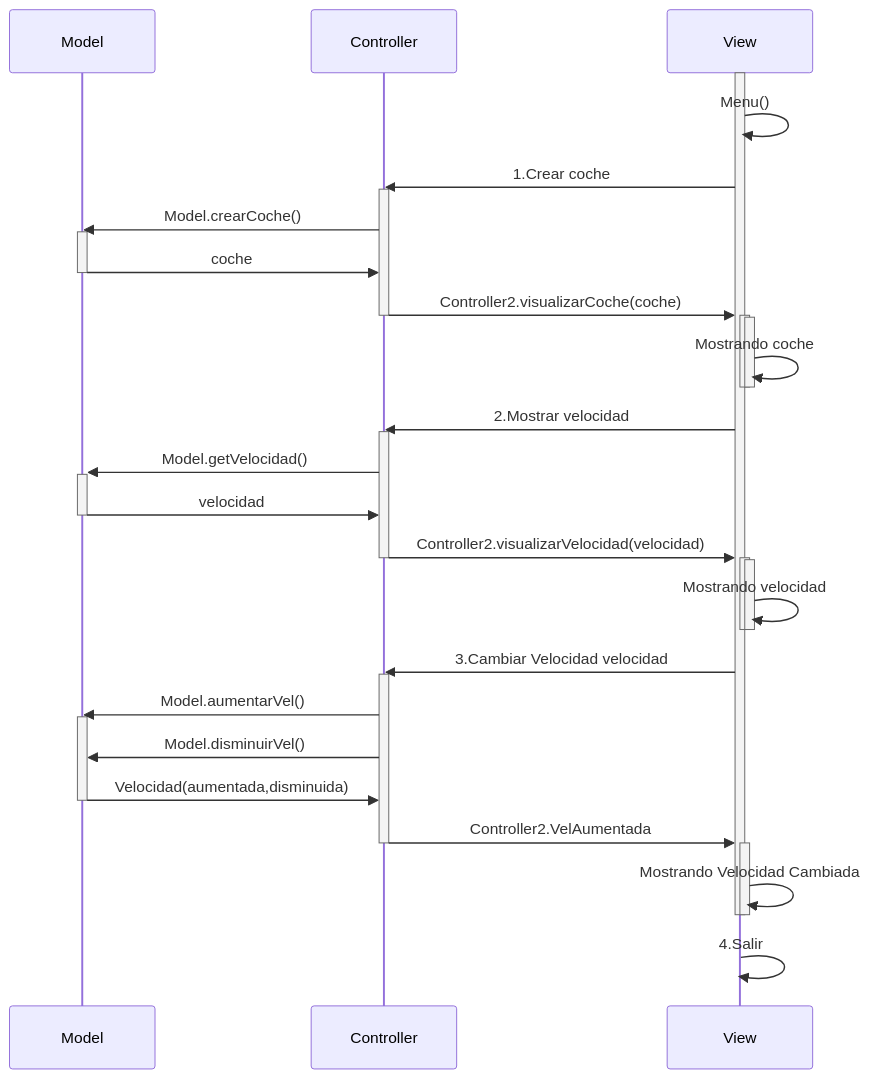
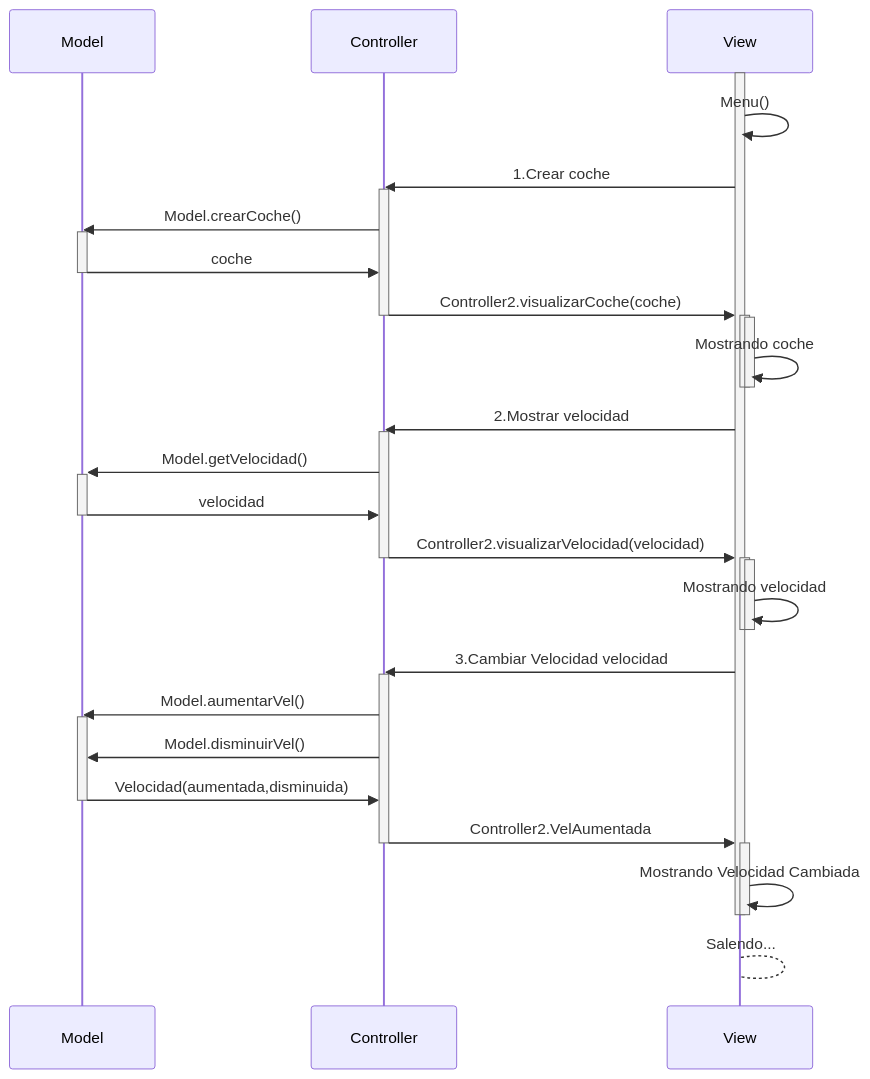
Before and after one commit to Dimitri2004/Diagrama_Secuencia_COD: the diagram in Readme.md, drawn with Mermaid. The commit also changed 7 other files, not shown here.

Commit message:
MVC-Con diagrama de secuencia 1.5

````diff
--- a/Readme.md
+++ b/Readme.md
@@ -1,53 +1,49 @@
 ```mermaid
 sequenceDiagram 
     participant Model
     participant Controller
     participant View
 
 
     
     activate View
     View->>View:Menu()
     
     View->>Controller:1.Crear coche
     activate Controller
     Controller->>Model: Model.crearCoche()
     activate Model
     Model->>Controller: coche
     deactivate Model
     Controller->>+View: Controller2.visualizarCoche(coche)
     deactivate Controller
     activate View
     View->>View:Mostrando coche
     deactivate View
     deactivate View
     View->>Controller:2.Mostrar velocidad
     activate Controller
     Controller->>+Model: Model.getVelocidad()
     Model->>Controller:velocidad
     deactivate Model
     Controller->>+View: Controller2.visualizarVelocidad(velocidad)
     deactivate Controller
     activate View
     View->>-View: Mostrando velocidad
     deactivate View
     View->>Controller:3.Cambiar Velocidad velocidad
   activate Controller
     Controller->>Model:Model.aumentarVel()
     activate Model
     Controller->>Model:Model.disminuirVel()
     Model->>Controller:Velocidad(aumentada,disminuida)
     deactivate Model
     Controller->>+View:Controller2.VelAumentada
     deactivate Controller
     View->>View:Mostrando Velocidad Cambiada
     deactivate View
     deactivate View
-    View->>View:4.Salir
-   
-
-    
-    
+    View-->View:Salendo...
     
 
 ```
````
